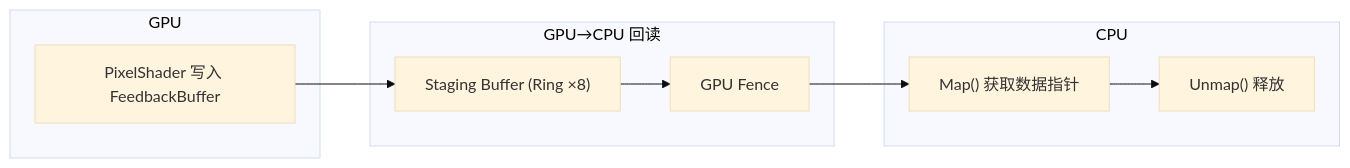
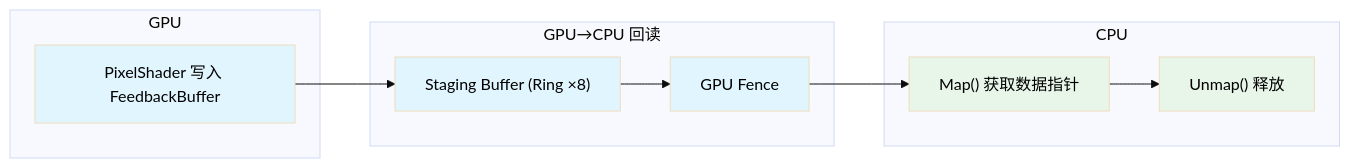
The third of 21 diagrams in content/posts/UE5_Virtual_Texture_与_Runtime_Virtual_Texture_源码级全流程解析.md (mr0ptimist/mroptimist.github.io), drawn with Mermaid (base theme) before and after one commit. The commit also changed other lines of this file and 2 other files, not shown here.

First line of the commit message:
Mermaid 图表 Dark Reader 兼容：所有 flowchart 加 classDef 配色 + 文字强制黑色

````diff
--- a/content/posts/UE5_Virtual_Texture_与_Runtime_Virtual_Texture_源码级全流程解析.md
+++ b/content/posts/UE5_Virtual_Texture_与_Runtime_Virtual_Texture_源码级全流程解析.md
@@ -234,15 +241,21 @@
 ```mermaid
 flowchart LR
     subgraph GPU
         PS["PixelShader 写入 FeedbackBuffer"]
     end
     subgraph "GPU→CPU 回读"
         SB["Staging Buffer (Ring ×8)"]
         F["GPU Fence"]
     end
     subgraph CPU
         M["Map() 获取数据指针"]
         UM["Unmap() 释放"]
     end
     PS --> SB --> F --> M --> UM
+
+    classDef data fill:#e1f5fe,color:#000
+    classDef ok fill:#e8f5e9,color:#000
+    class PS data
+    class SB,F data
+    class M,UM ok
 ```
````
